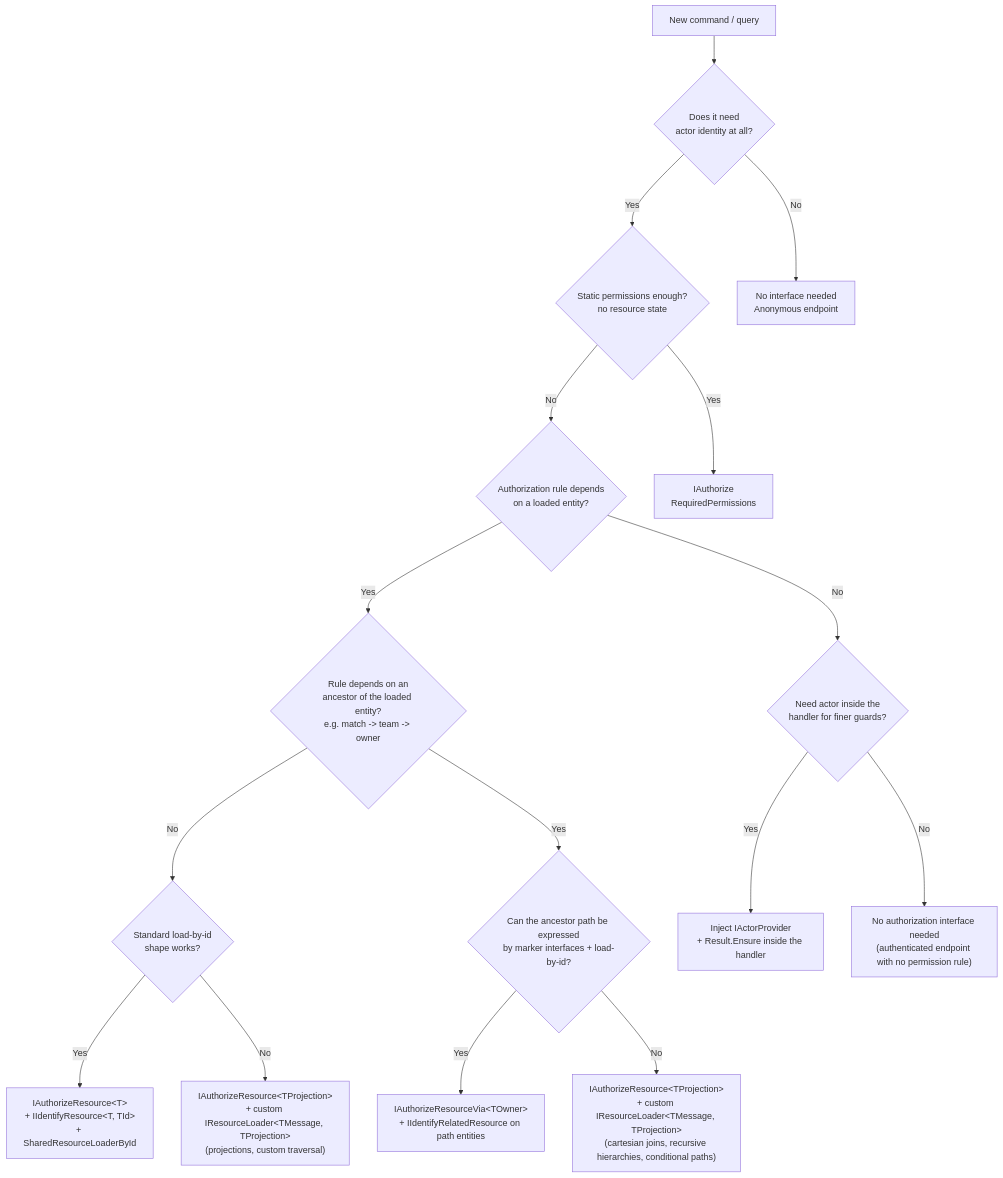
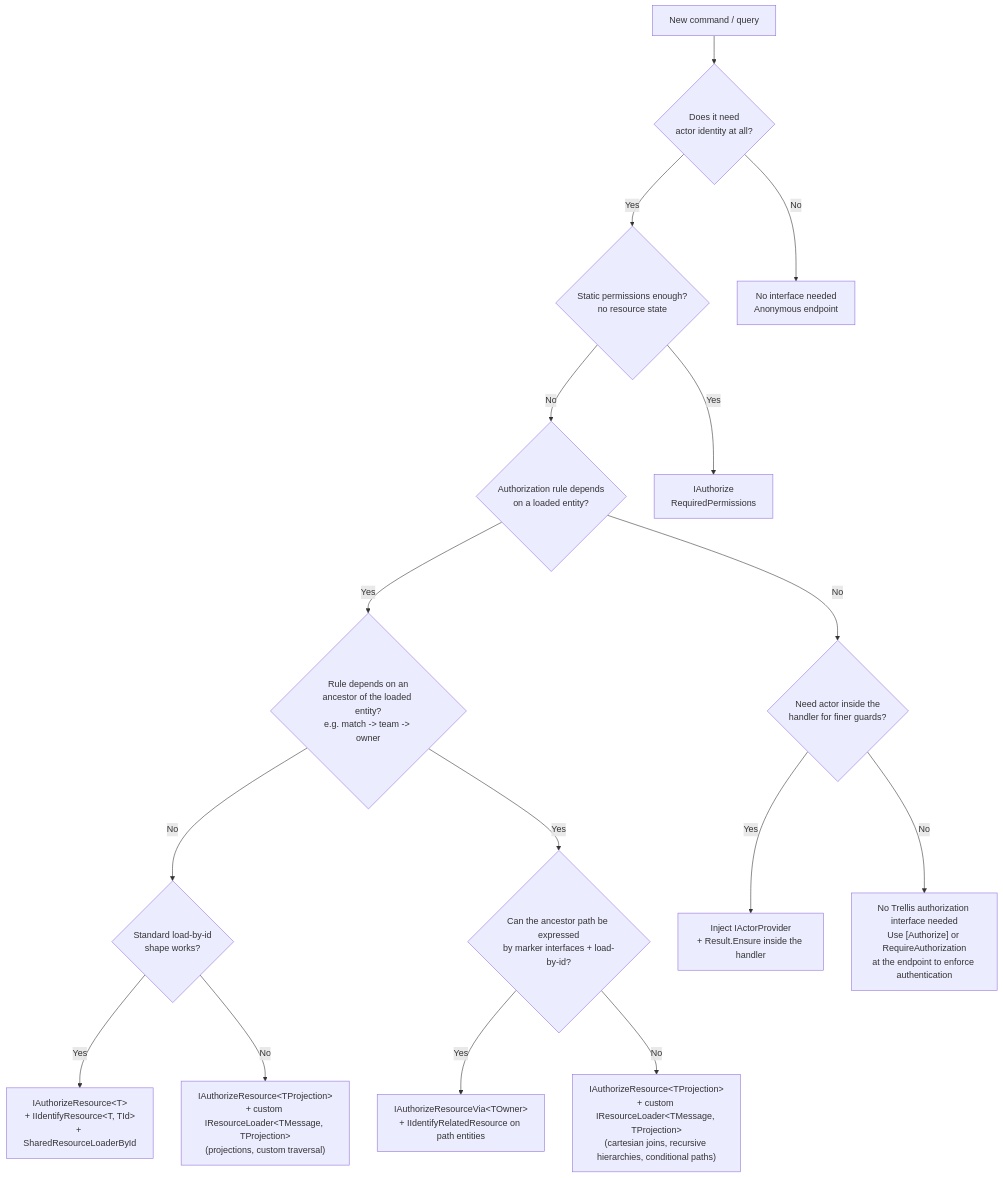
One commit to xavierjohn/FunctionalDDD changed the second of 7 diagrams in docs/docfx_project/articles/integration-asp-authorization.md. Above: the diagram before and after it, drawn with Mermaid. The commit also changed other lines of this file, not shown here.

````diff
--- a/docs/docfx_project/articles/integration-asp-authorization.md
+++ b/docs/docfx_project/articles/integration-asp-authorization.md
@@ -74,25 +74,25 @@
 ```mermaid
 flowchart TD
     Start[New command / query]
     Q1{"Does it need<br/>actor identity at all?"}
     Q2{"Static permissions enough?<br/>no resource state"}
     Q3{"Authorization rule depends<br/>on a loaded entity?"}
     Q4{"Rule depends on an<br/>ancestor of the loaded entity?<br/>e.g. match -> team -> owner"}
     Q5{"Need actor inside the<br/>handler for finer guards?"}
 
     Start --> Q1
     Q1 -- No --> NoActor["No interface needed<br/>Anonymous endpoint"]
     Q1 -- Yes --> Q2
     Q2 -- Yes --> IAuth["IAuthorize<br/>RequiredPermissions"]
     Q2 -- No --> Q3
     Q3 -- Yes --> Q4
     Q4 -- No --> Q3b{"Standard load-by-id<br/>shape works?"}
     Q3b -- Yes --> IAuthRes["IAuthorizeResource&lt;T&gt;<br/>+ IIdentifyResource&lt;T, TId&gt;<br/>+ SharedResourceLoaderById"]
     Q3b -- No --> IAuthResCustom["IAuthorizeResource&lt;TProjection&gt;<br/>+ custom IResourceLoader&lt;TMessage, TProjection&gt;<br/>(projections, custom traversal)"]
     Q4 -- Yes --> Q4b{"Can the ancestor path be expressed<br/>by marker interfaces + load-by-id?"}
     Q4b -- Yes --> IAuthVia["IAuthorizeResourceVia&lt;TOwner&gt;<br/>+ IIdentifyRelatedResource on path entities"]
     Q4b -- No --> IAuthResProj["IAuthorizeResource&lt;TProjection&gt;<br/>+ custom IResourceLoader&lt;TMessage, TProjection&gt;<br/>(cartesian joins, recursive hierarchies, conditional paths)"]
     Q3 -- No --> Q5
     Q5 -- Yes --> InHandler["Inject IActorProvider<br/>+ Result.Ensure inside the handler"]
-    Q5 -- No --> NoInterface["No authorization interface needed<br/>(authenticated endpoint with no permission rule)"]
+    Q5 -- No --> NoInterface["No Trellis authorization interface needed<br/>Use [Authorize] or RequireAuthorization<br/>at the endpoint to enforce authentication"]
 ```
````
